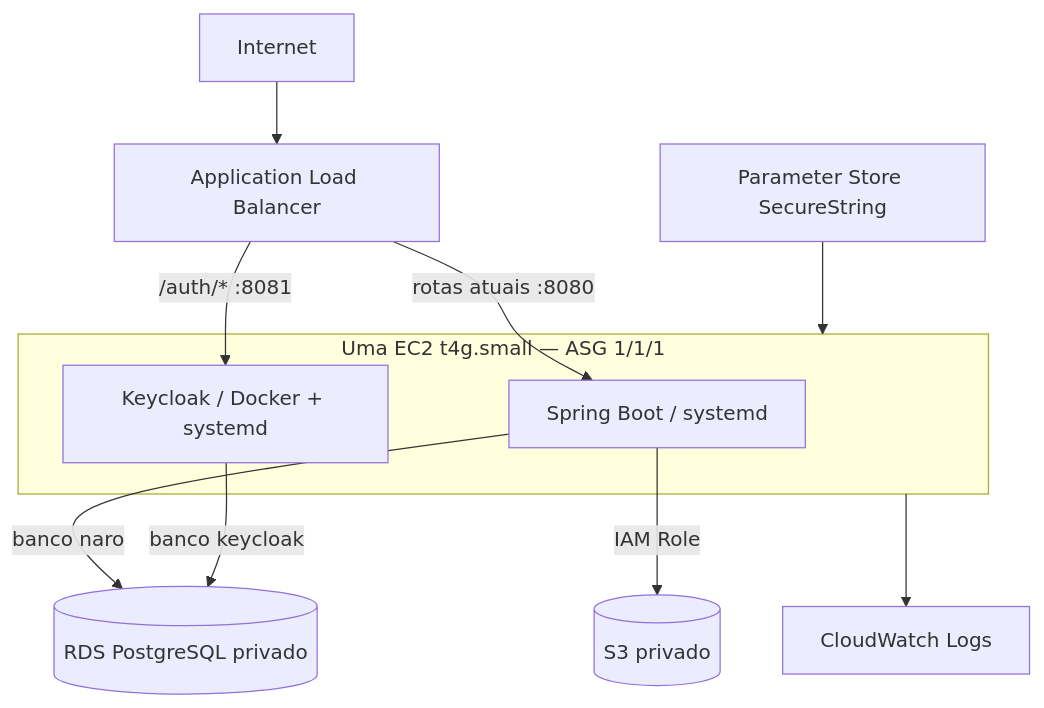
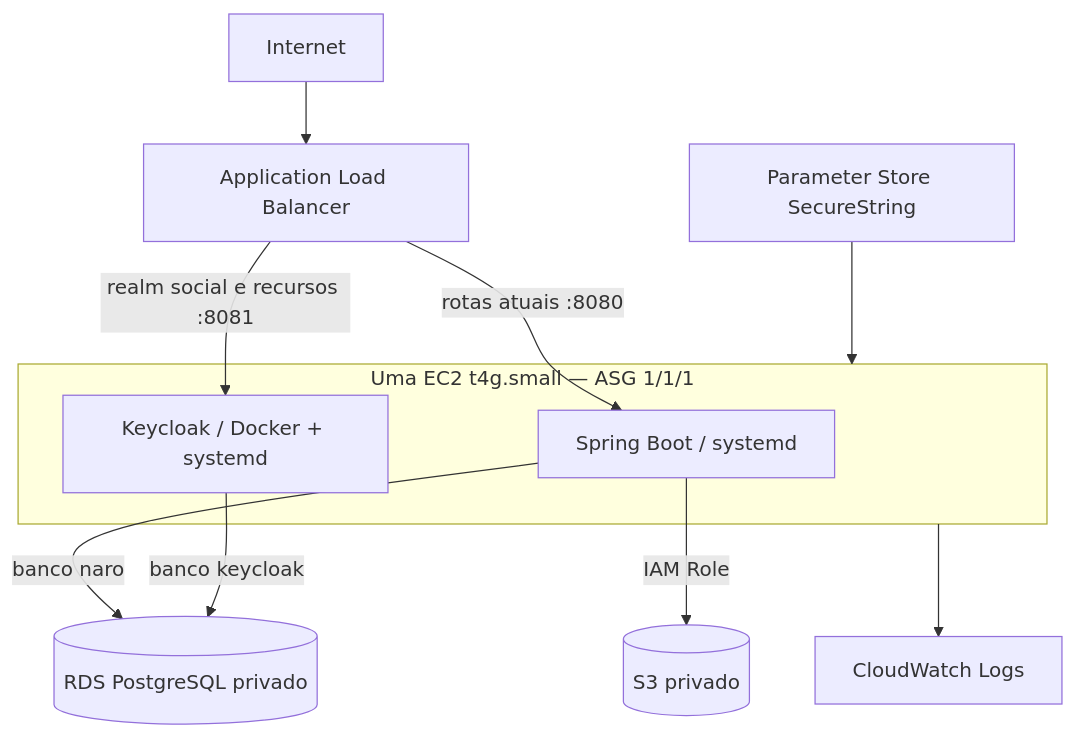
Before and after one commit to ErosAlmeida/naro_back: the first of 2 diagrams in aws/README.md, drawn with Mermaid. The commit also changed other lines of this file and 5 other files, not shown here.

````diff
--- a/aws/README.md
+++ b/aws/README.md
@@ -27,15 +27,15 @@
 ```mermaid
 flowchart TD
   Internet --> ALB[Application Load Balancer]
   ALB -->|rotas atuais :8080| Spring[Spring Boot / systemd]
-  ALB -->|/auth/* :8081| KC[Keycloak / Docker + systemd]
+  ALB -->|realm social e recursos :8081| KC[Keycloak / Docker + systemd]
   subgraph EC2[Uma EC2 t4g.small — ASG 1/1/1]
     Spring
     KC
   end
   Spring -->|banco naro| RDS[(RDS PostgreSQL privado)]
   KC -->|banco keycloak| RDS
   Spring -->|IAM Role| S3[(S3 privado)]
   SSM[Parameter Store SecureString] --> EC2
   EC2 --> CW[CloudWatch Logs]
 ```
````
